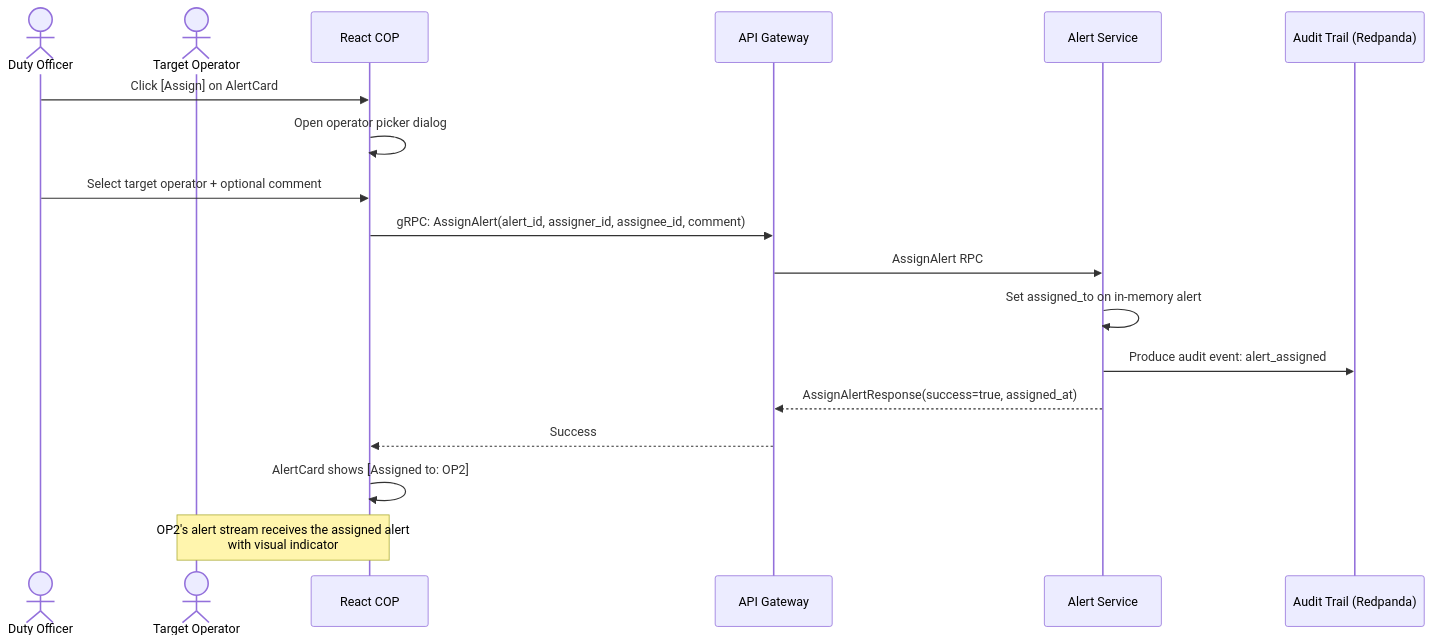
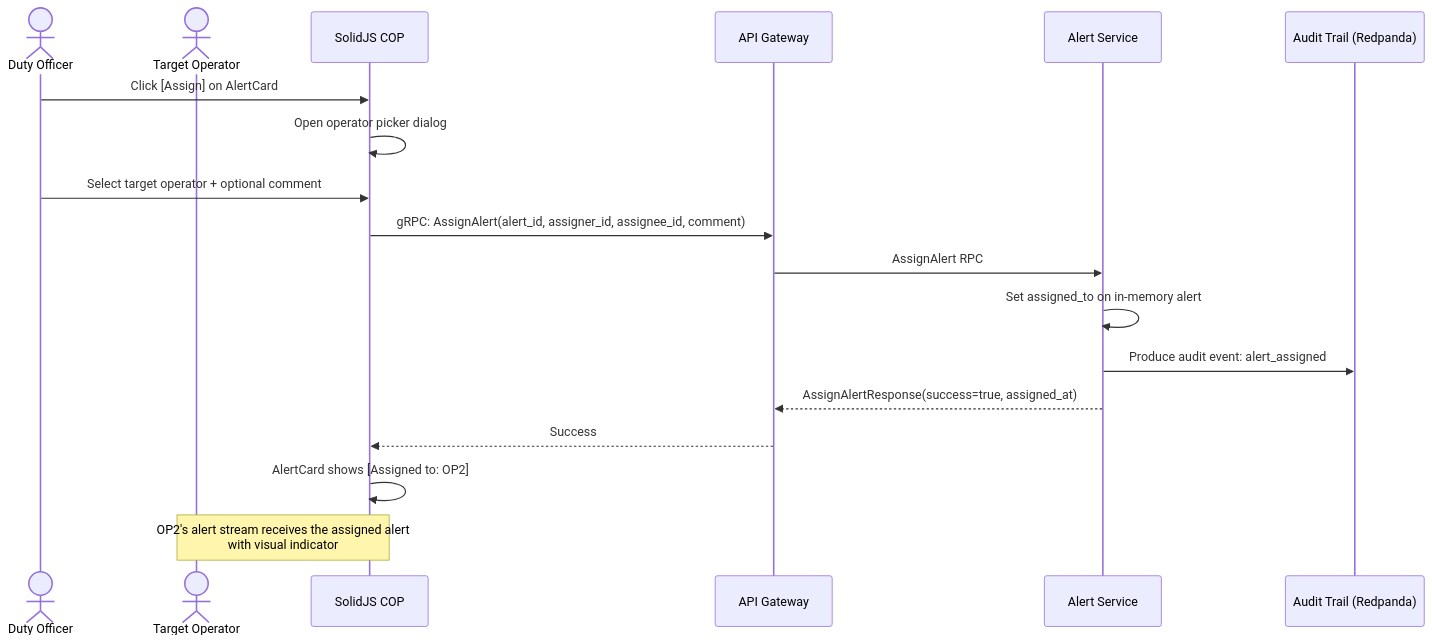
The second of 2 diagrams in docs/business/usecases/UC010_operator_feedback.md (arvinddhasmana/rtsa_webgpu), drawn with Mermaid before and after one commit. The commit also changed 65 other files, not shown here.

````diff
--- a/docs/business/usecases/UC010_operator_feedback.md
+++ b/docs/business/usecases/UC010_operator_feedback.md
@@ -125,21 +125,21 @@
 ```mermaid
 sequenceDiagram
     actor OP as Duty Officer
     actor OP2 as Target Operator
-    participant UI as React COP
+    participant UI as SolidJS COP
     participant GW as API Gateway
     participant AS as Alert Service
     participant AUDIT as Audit Trail (Redpanda)
 
     OP->>UI: Click [Assign] on AlertCard
     UI->>UI: Open operator picker dialog
     OP->>UI: Select target operator + optional comment
     UI->>GW: gRPC: AssignAlert(alert_id, assigner_id, assignee_id, comment)
     GW->>AS: AssignAlert RPC
     AS->>AS: Set assigned_to on in-memory alert
     AS->>AUDIT: Produce audit event: alert_assigned
     AS-->>GW: AssignAlertResponse(success=true, assigned_at)
     GW-->>UI: Success
     UI->>UI: AlertCard shows [Assigned to: OP2]
     Note over OP2,UI: OP2's alert stream receives the assigned alert<br/>with visual indicator
 ```
````
